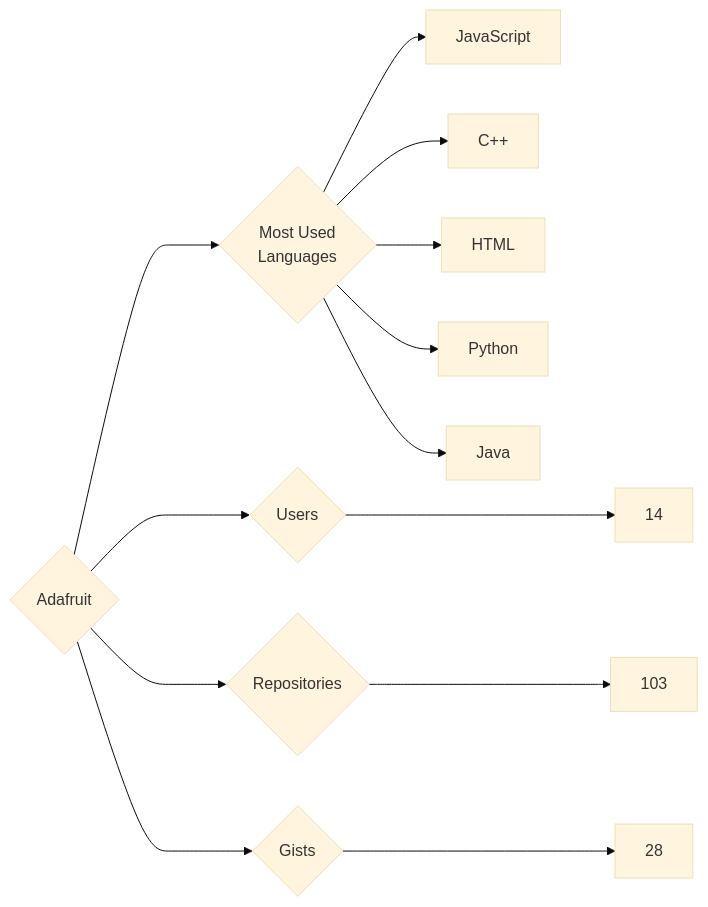
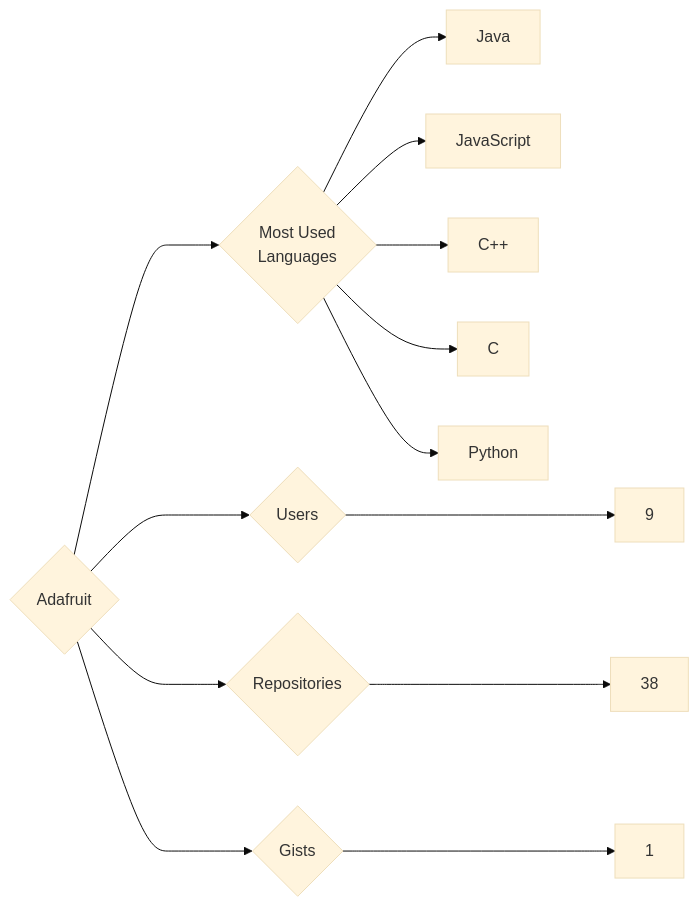
Before and after one commit to trickest/insiders: the diagram in targets/Adafruit/README.md, drawn with Mermaid (base theme). The commit also changed 1170 other files, not shown here.

````diff
--- a/targets/Adafruit/README.md
+++ b/targets/Adafruit/README.md
@@ -3,13 +3,13 @@
 ```mermaid
 graph LR
 COMPANY_NAME{Adafruit}
-COMPANY_NAME ---> U{Users} ---> UN[14]
-COMPANY_NAME ---> R{Repositories} ---> RN[103]
-COMPANY_NAME ---> G{Gists} ---> GN[28]
+COMPANY_NAME ---> U{Users} ---> UN[9]
+COMPANY_NAME ---> R{Repositories} ---> RN[38]
+COMPANY_NAME ---> G{Gists} ---> GN[1]
 COMPANY_NAME ---> ML{Most Used<br>Languages}
+ML --> Java[Java]
 ML --> JavaScript[JavaScript]
 ML --> C++[C++]
-ML --> HTML[HTML]
+ML --> C[C]
 ML --> Python[Python]
-ML --> Java[Java]
 ```
````
